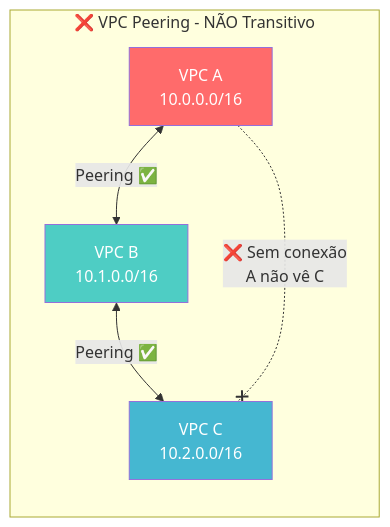
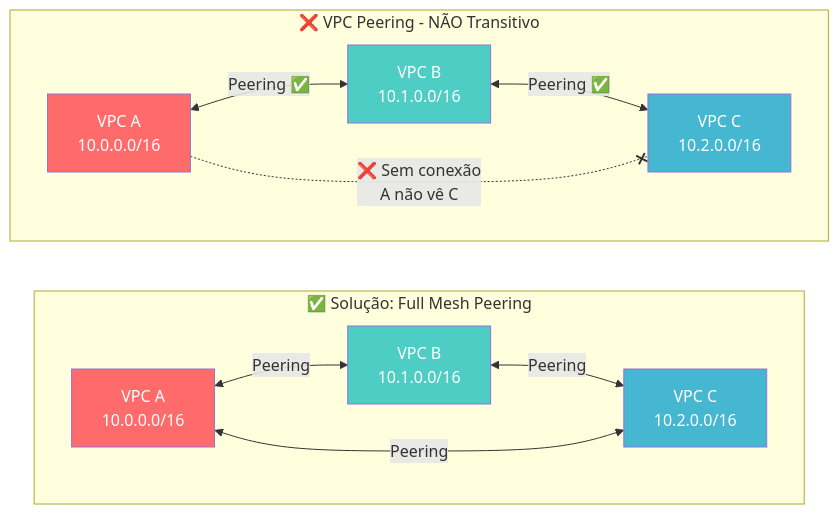
The third of 12 diagrams in docs/cloud-notes/01-aws/03-aws-cloud-architect-professional/13_vpc.md (Uniliva/uni-salva), drawn with Mermaid before and after one commit. The commit also changed other lines of this file and 6 other files, not shown here.

````diff
--- a/docs/cloud-notes/01-aws/03-aws-cloud-architect-professional/13_vpc.md
+++ b/docs/cloud-notes/01-aws/03-aws-cloud-architect-professional/13_vpc.md
@@ -467,16 +467,33 @@
 ```mermaid
-graph LR
-    subgraph "❌ VPC Peering - NÃO Transitivo"
+graph TB
+    subgraph NO_TRANS["❌ VPC Peering - NÃO Transitivo"]
+        direction LR
         VPC_A1["VPC A<br/>10.0.0.0/16"]
         VPC_B1["VPC B<br/>10.1.0.0/16"]
         VPC_C1["VPC C<br/>10.2.0.0/16"]
 
         VPC_A1 <-->|"Peering ✅"| VPC_B1
         VPC_B1 <-->|"Peering ✅"| VPC_C1
         VPC_A1 -.-x|"❌ Sem conexão<br/>A não vê C"| VPC_C1
     end
 
+    subgraph FULL_MESH["✅ Solução: Full Mesh Peering"]
+        direction LR
+        VPC_A2["VPC A<br/>10.0.0.0/16"]
+        VPC_B2["VPC B<br/>10.1.0.0/16"]
+        VPC_C2["VPC C<br/>10.2.0.0/16"]
+
+        VPC_A2 <-->|"Peering"| VPC_B2
+        VPC_B2 <-->|"Peering"| VPC_C2
+        VPC_A2 <-->|"Peering"| VPC_C2
+    end
+
+    NO_TRANS ~~~ FULL_MESH
+
     style VPC_A1 fill:#FF6B6B,color:#fff
     style VPC_B1 fill:#4ECDC4,color:#fff
     style VPC_C1 fill:#45B7D1,color:#fff
+    style VPC_A2 fill:#FF6B6B,color:#fff
+    style VPC_B2 fill:#4ECDC4,color:#fff
+    style VPC_C2 fill:#45B7D1,color:#fff
 ```
````
